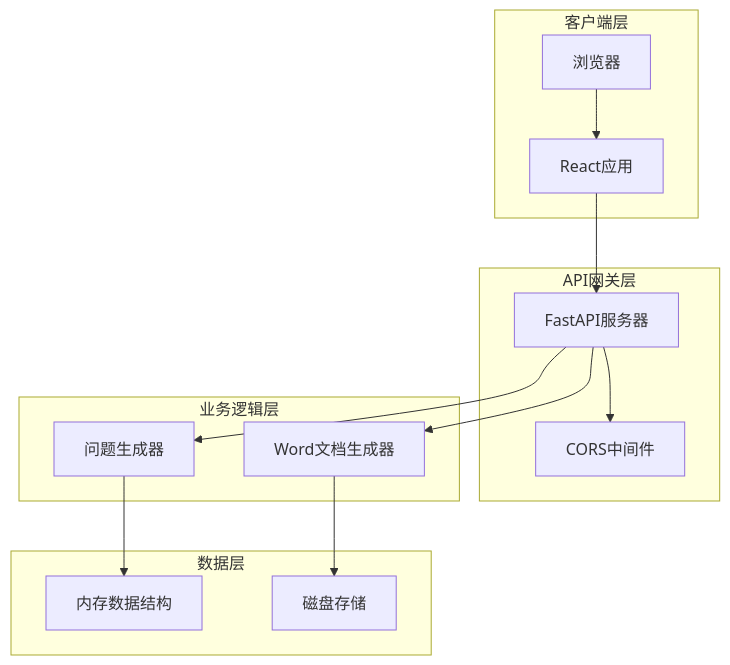
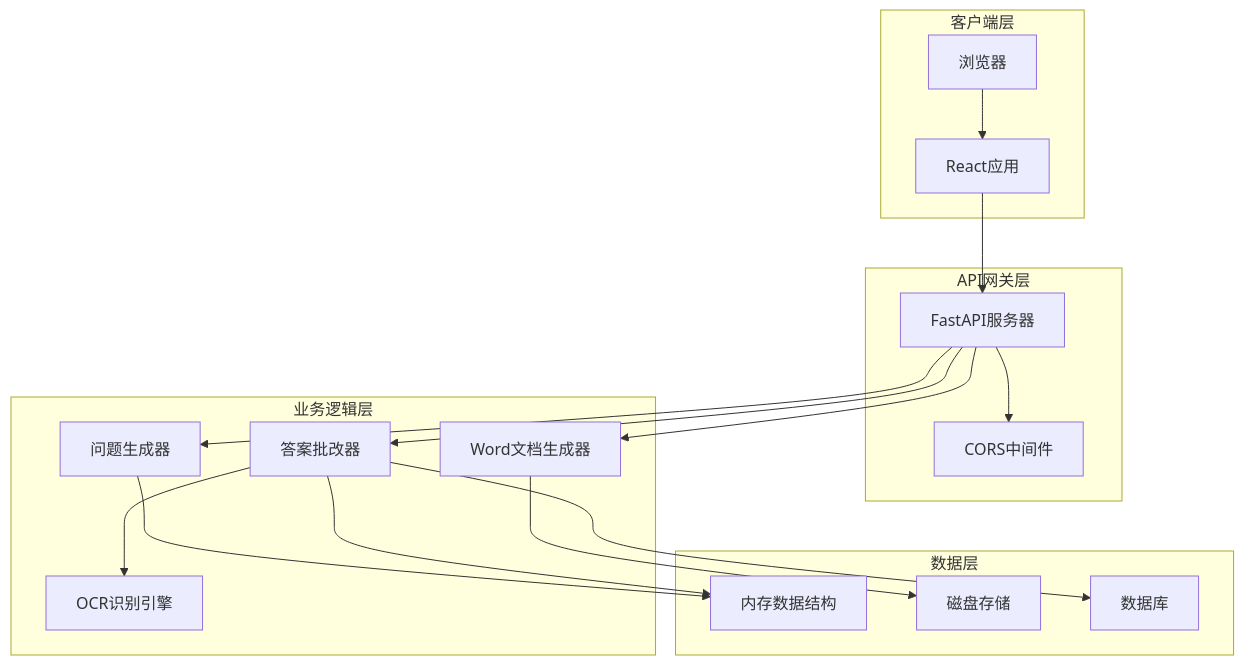
The second of 12 diagrams in .qoder/repowiki/zh/content/项目结构/Web API接口.md (SimonWHL/math-learning), drawn with Mermaid before and after one commit. The commit also changed other lines of this file and 17 other files, not shown here.

````diff
--- a/.qoder/repowiki/zh/content/项目结构/Web API接口.md
+++ b/.qoder/repowiki/zh/content/项目结构/Web API接口.md
@@ -125,26 +150,33 @@
 ```mermaid
 graph TB
 subgraph "客户端层"
 Browser[浏览器]
 React[React应用]
 end
 subgraph "API网关层"
 FastAPI[FastAPI服务器]
 CORS[CORS中间件]
 end
 subgraph "业务逻辑层"
 Generator[问题生成器]
 WordGen[Word文档生成器]
+Grader[答案批改器]
+OCR[OCR识别引擎]
 end
 subgraph "数据层"
 Memory[内存数据结构]
 Storage[磁盘存储]
+Database[数据库]
 end
 Browser --> React
 React --> FastAPI
 FastAPI --> CORS
 FastAPI --> Generator
 FastAPI --> WordGen
+FastAPI --> Grader
 Generator --> Memory
 WordGen --> Storage
+Grader --> OCR
+Grader --> Memory
+Grader --> Database
 ```
````
